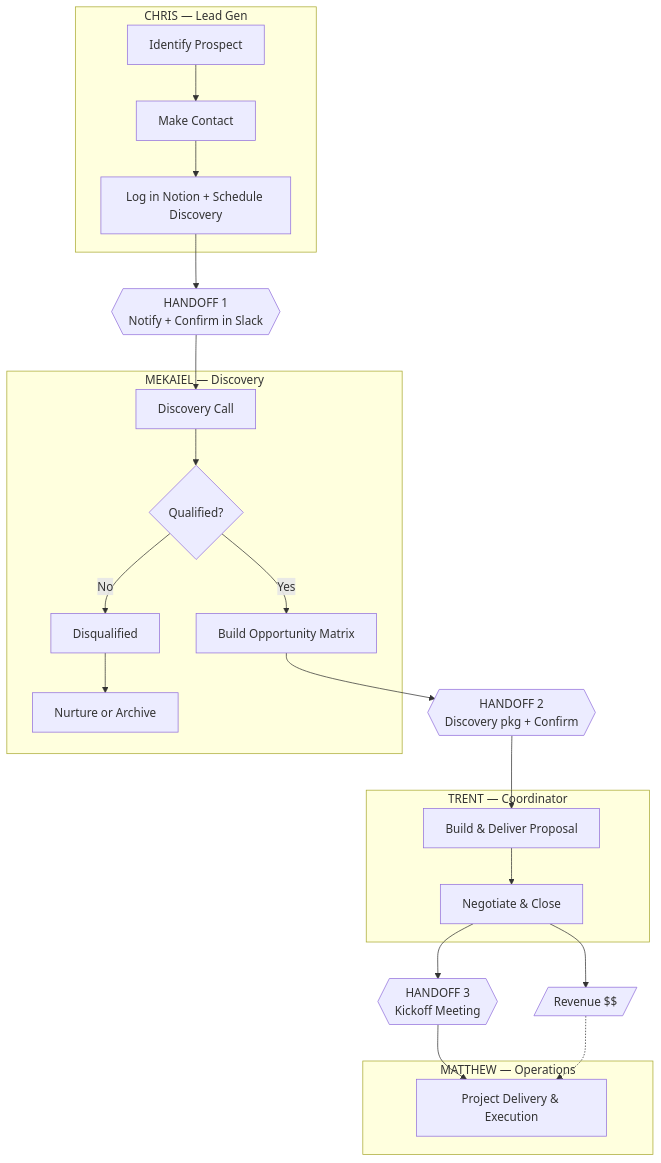
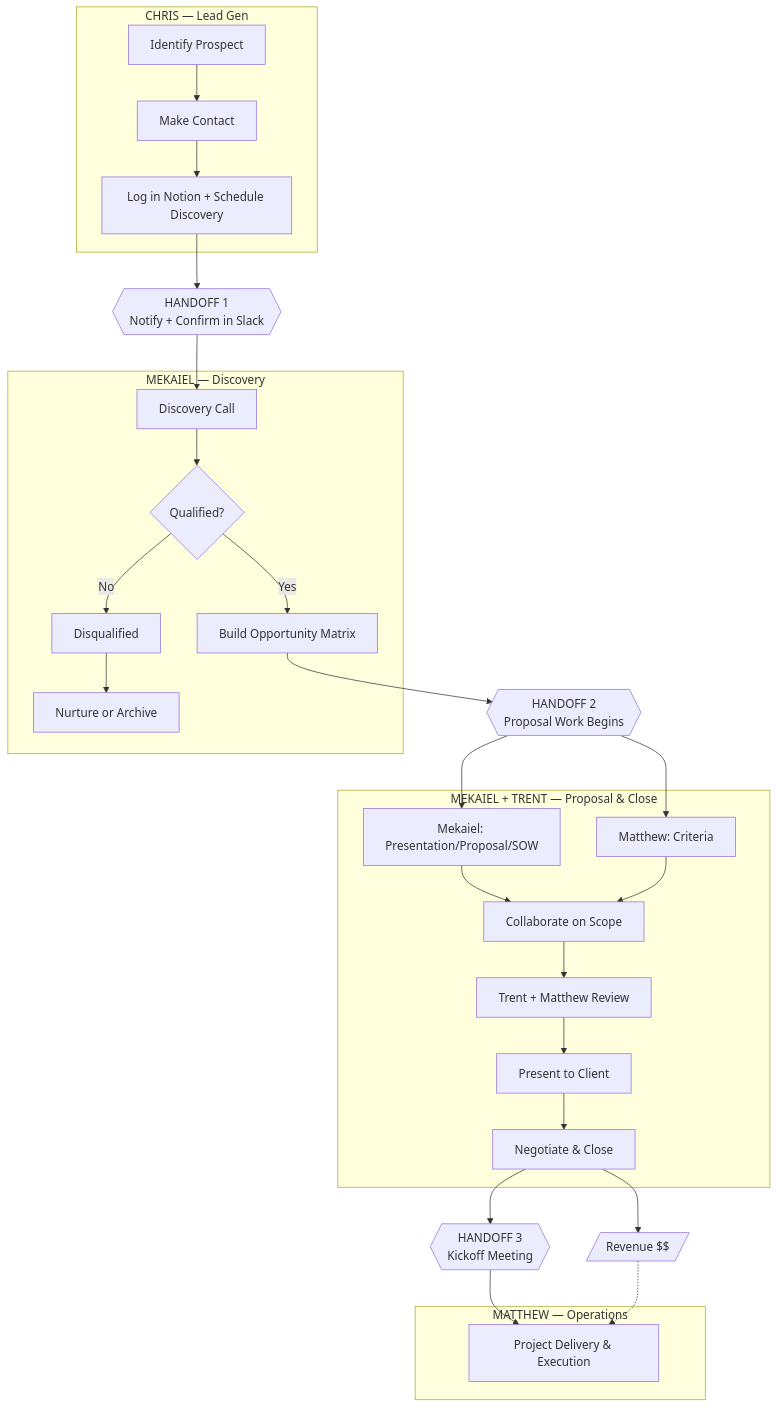
Before and after one commit to mekaielabdullahi/ai-agency-sales-os: the first of 2 diagrams in claude-code-os-implementation/02-operations/handoff sops/SOP-ARISE-SL-001-sales-lifecycle.md, drawn with Mermaid. The commit also changed other lines of this file and 3 other files, not shown here.

````diff
--- a/claude-code-os-implementation/02-operations/handoff sops/SOP-ARISE-SL-001-sales-lifecycle.md
+++ b/claude-code-os-implementation/02-operations/handoff sops/SOP-ARISE-SL-001-sales-lifecycle.md
@@ -50,34 +50,41 @@
 ```mermaid
 graph TD
     subgraph CHRIS[" CHRIS — Lead Gen "]
         A[Identify Prospect] --> B[Make Contact]
         B --> C[Log in Notion + Schedule Discovery]
     end
 
     C --> H1{{"HANDOFF 1<br/>Notify + Confirm in Slack"}}
 
     subgraph MEKAIEL[" MEKAIEL — Discovery "]
         D[Discovery Call] --> E{Qualified?}
         E -->|Yes| F[Build Opportunity Matrix]
         E -->|No| DQ[Disqualified]
         DQ --> DQ1[Nurture or Archive]
     end
 
     H1 --> D
-    F --> H2{{"HANDOFF 2<br/>Discovery pkg + Confirm"}}
+    F --> H2{{"HANDOFF 2<br/>Proposal Work Begins"}}
 
-    subgraph TRENT[" TRENT — Coordinator "]
-        G[Build & Deliver Proposal] --> H[Negotiate & Close]
+    subgraph PROPOSAL[" MEKAIEL + TRENT — Proposal & Close "]
+        G1[Mekaiel: Presentation/Proposal/SOW]
+        G2[Matthew: Criteria]
+        G1 --> G3[Collaborate on Scope]
+        G2 --> G3
+        G3 --> G4[Trent + Matthew Review]
+        G4 --> G5[Present to Client]
+        G5 --> H[Negotiate & Close]
     end
 
-    H2 --> G
+    H2 --> G1
+    H2 --> G2
     H --> H3{{"HANDOFF 3<br/>Kickoff Meeting"}}
     H --> REV[/"Revenue $$"/]
 
     subgraph MATTHEW[" MATTHEW — Operations "]
         I[Project Delivery & Execution]
     end
 
     H3 --> I
     REV -.-> I
 ```
````
